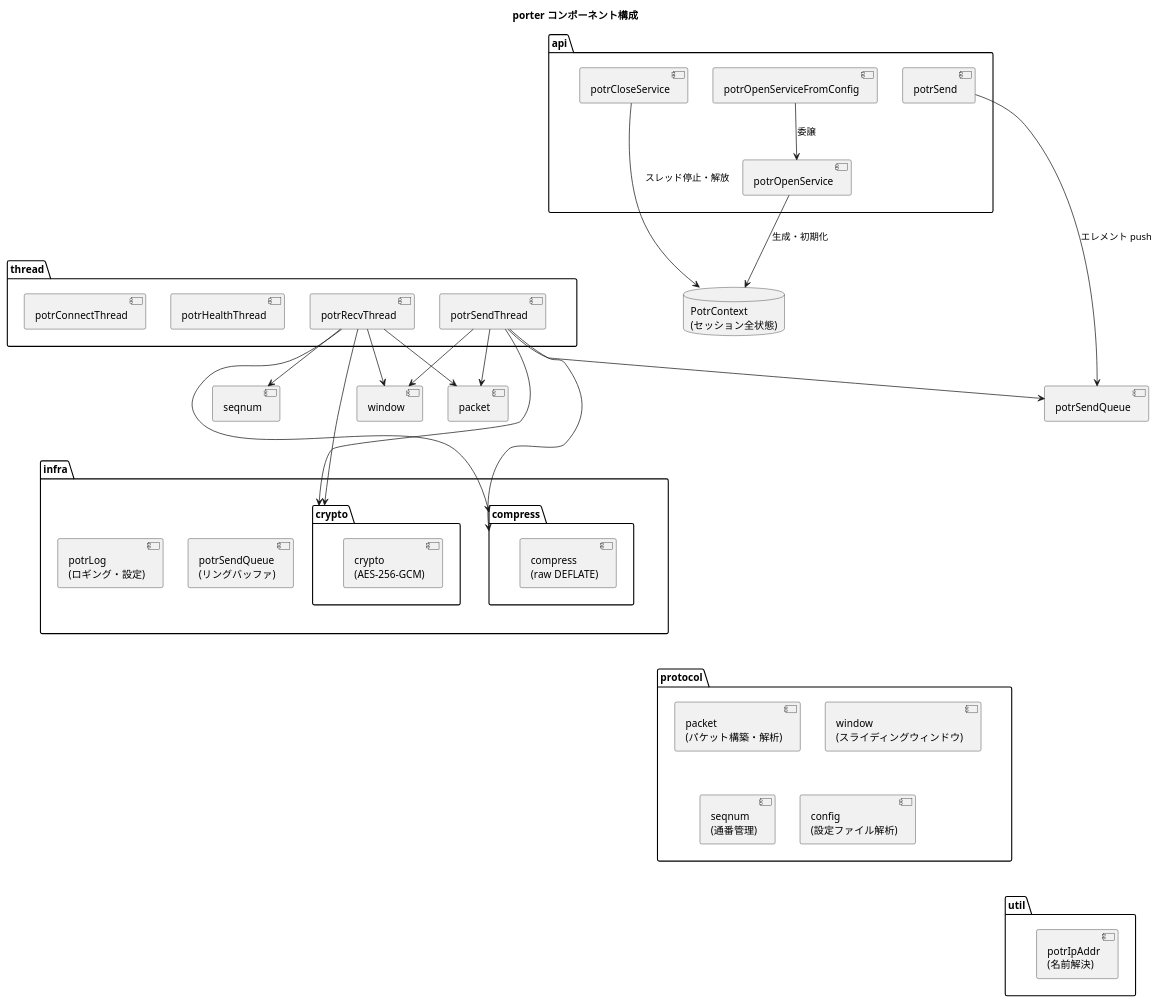
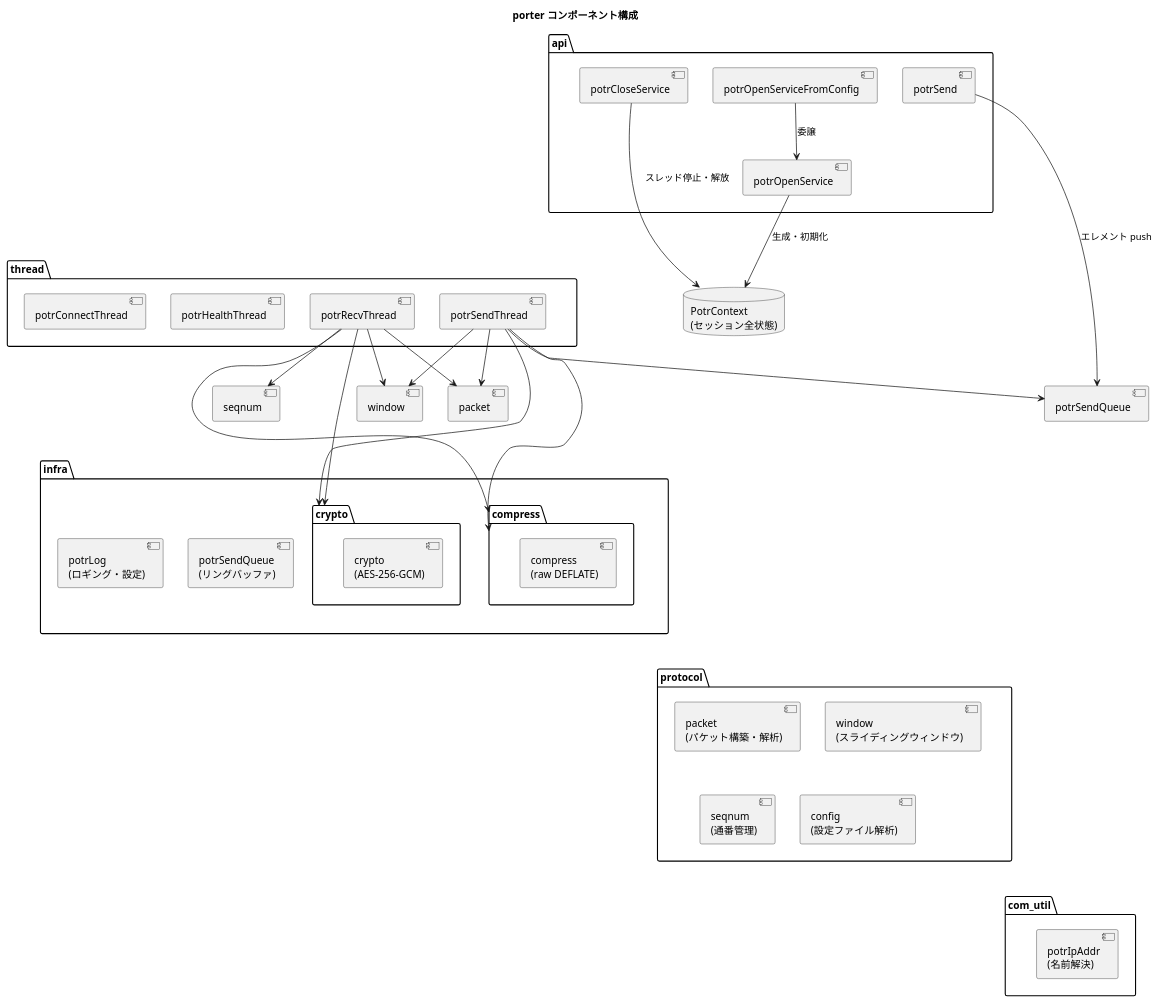
One commit to Hondarer/c-modernization-kit changed the sixth of 6 diagrams in app/porter/prod/docs/architecture.md. Above: the diagram before and after it, drawn with PlantUML. The commit also changed 261 other files, not shown here.

First line of the commit message:
Refactor includes and update library references from 'util' to 'com_util'

````diff
--- a/app/porter/prod/docs/architecture.md
+++ b/app/porter/prod/docs/architecture.md
@@ -320,66 +320,66 @@
 ```plantuml
 @startuml
 title porter コンポーネント構成
 
 package "api" {
   [potrOpenService]
   [potrOpenServiceFromConfig]
   [potrSend]
   [potrCloseService]
 }
 
 package "thread" {
   [potrRecvThread]
   [potrSendThread]
   [potrHealthThread]
   [potrConnectThread]
 }
 
 package "protocol" {
   [packet\n(パケット構築・解析)]
   [window\n(スライディングウィンドウ)]
   [seqnum\n(通番管理)]
   [config\n(設定ファイル解析)]
 }
 
 package "infra" {
   [potrSendQueue\n(リングバッファ)]
   [potrLog\n(ロギング・設定)]
   package "compress" {
     [compress\n(raw DEFLATE)]
   }
   package "crypto" {
     [crypto\n(AES-256-GCM)]
   }
 }
 
-package "util" {
+package "com_util" {
   [potrIpAddr\n(名前解決)]
 }
 
 database "PotrContext\n(セッション全状態)" as CTX
 
 [potrOpenService] --> CTX : 生成・初期化
 [potrOpenServiceFromConfig] --> [potrOpenService] : 委譲
 [potrSend] --> [potrSendQueue] : エレメント push
 [potrCloseService] --> CTX : スレッド停止・解放
 
 [potrSendThread] --> [packet]
 [potrSendThread] --> [window]
 [potrSendThread] --> [compress]
 [potrSendThread] --> [crypto]
 [potrSendThread] --> [potrSendQueue]
 
 [potrRecvThread] --> [packet]
 [potrRecvThread] --> [window]
 [potrRecvThread] --> [seqnum]
 [potrRecvThread] --> [compress]
 [potrRecvThread] --> [crypto]
 
 api -[hidden]--thread
 thread -[hidden]-- infra
 api -[hidden]----- protocol
-protocol -[hidden]--util
+protocol -[hidden]--com_util
 
 @enduml
 ```
````
